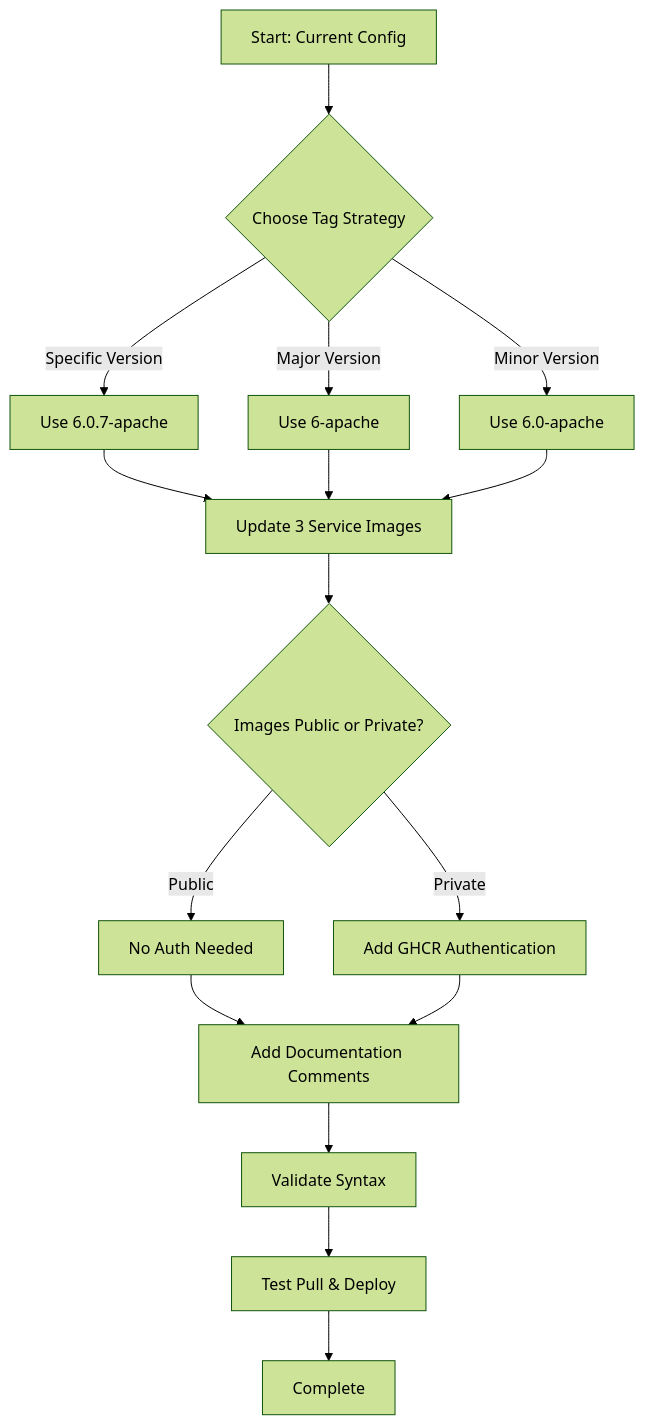
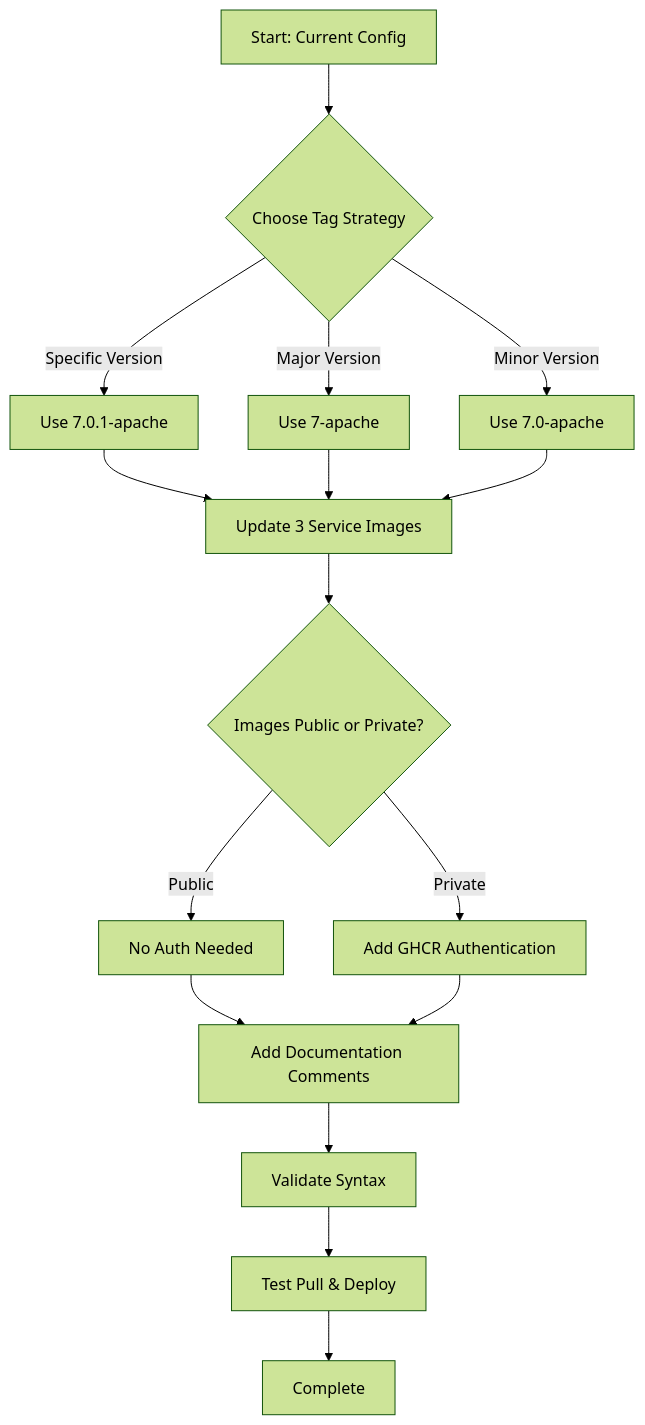
Before and after one commit to Smartoys/mautic-stack: the diagram in plans/smartoys-ghcr-update-plan.md, drawn with Mermaid (forest theme). The commit also changed other lines of this file and 2 other files, not shown here.

Commit message:
feat: update Dockerfile and implementation plans to use Mautic image version 7.0.1

````diff
--- a/plans/smartoys-ghcr-update-plan.md
+++ b/plans/smartoys-ghcr-update-plan.md
@@ -123,22 +123,22 @@
 ```mermaid
 graph TD
     A[Start: Current Config] --> B{Choose Tag Strategy}
-    B -->|Specific Version| C[Use 6.0.7-apache]
-    B -->|Major Version| D[Use 6-apache]
-    B -->|Minor Version| E[Use 6.0-apache]
+    B -->|Specific Version| C[Use 7.0.1-apache]
+    B -->|Major Version| D[Use 7-apache]
+    B -->|Minor Version| E[Use 7.0-apache]
     
     C --> F[Update 3 Service Images]
     D --> F
     E --> F
     
     F --> G{Images Public or Private?}
     G -->|Public| H[No Auth Needed]
     G -->|Private| I[Add GHCR Authentication]
     
     H --> J[Add Documentation Comments]
     I --> J
     
     J --> K[Validate Syntax]
     K --> L[Test Pull & Deploy]
     L --> M[Complete]
 ```
````
